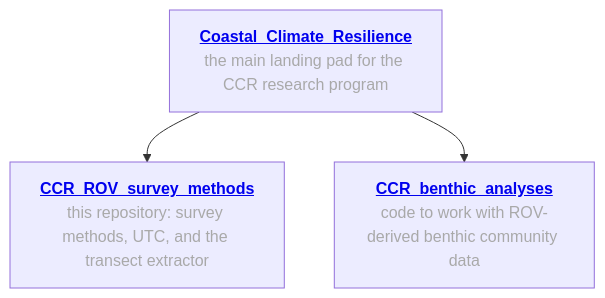
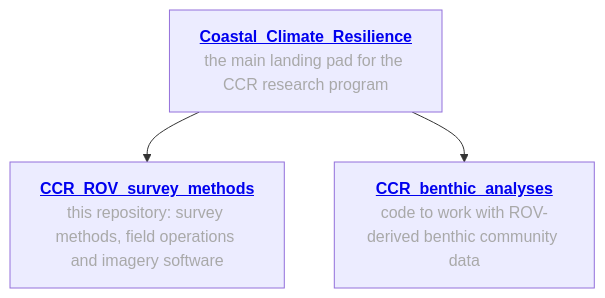
Before and after one commit to Seattle-Aquarium/CCR_ROV_survey_methods: the first of 2 diagrams in README.md, drawn with Mermaid. The commit also changed other lines of this file and 3 other files, not shown here.

````diff
--- a/README.md
+++ b/README.md
@@ -146,11 +121,11 @@
 ```mermaid
 graph TD
 
 A["<a href='https://github.com/Seattle-Aquarium/Coastal_Climate_Resilience' target='_blank' style='font-size: 16px; font-weight: bold;'>Coastal_Climate_Resilience</a><br><font color='darkgray'>the main landing pad for the CCR research program</font>"]
 
-A --> E["<a href='https://github.com/Seattle-Aquarium/CCR_ROV_survey_methods' target='_blank' style='font-size: 16px; font-weight: bold;'>CCR_ROV_survey_methods</a><br><font color='darkgray'>this repository: survey methods, UTC, and the transect extractor</font>"]
+A --> E["<a href='https://github.com/Seattle-Aquarium/CCR_ROV_survey_methods' target='_blank' style='font-size: 16px; font-weight: bold;'>CCR_ROV_survey_methods</a><br><font color='darkgray'>this repository: survey methods, field operations and imagery software</font>"]
 
 A --> F["<a href='https://github.com/Seattle-Aquarium/CCR_benthic_analyses' target='_blank' style='font-size: 16px; font-weight: bold;'>CCR_benthic_analyses</a><br><font color='darkgray'>code to work with ROV-derived benthic community data</font>"]
 
 
 ```
````
